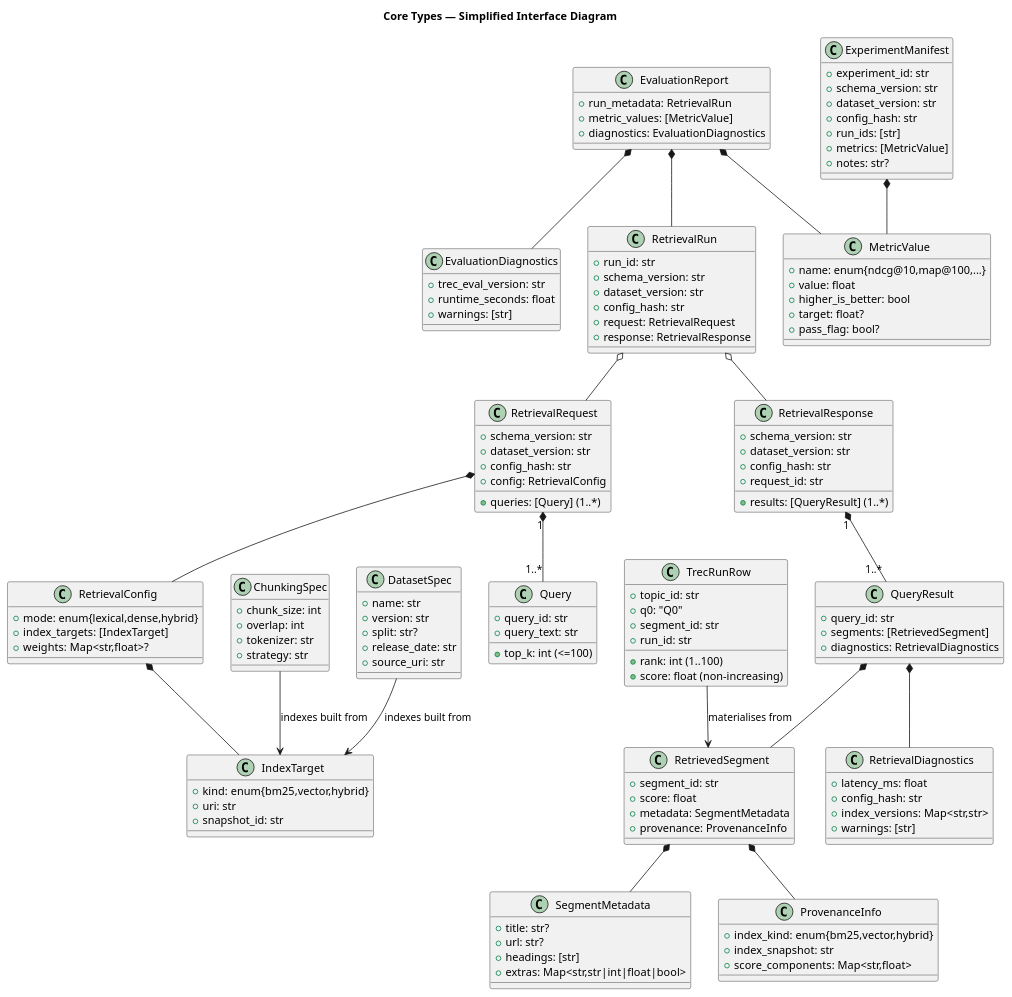
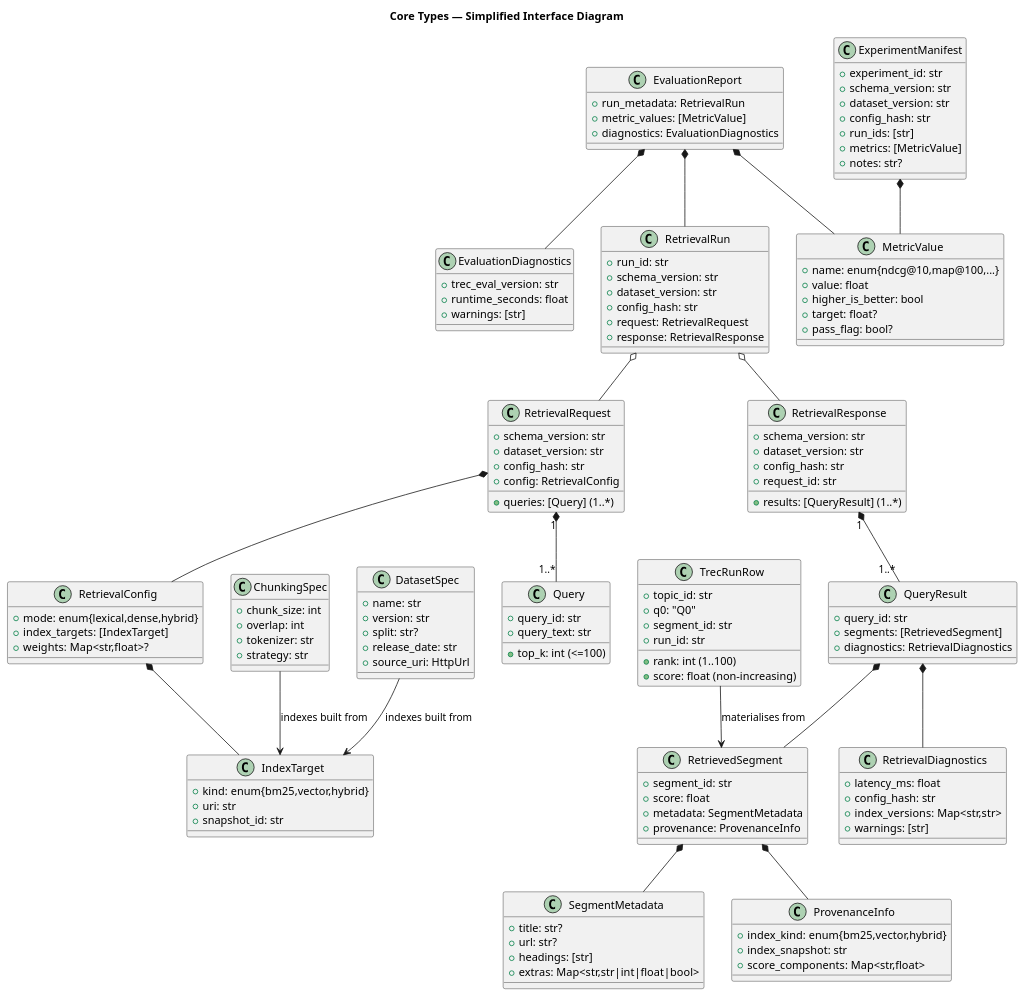
The diagram in .docs/uml/classes.puml (LukasStrickler/RAG-with-LLMs-TREC-2025-Information-Retrieval), drawn with PlantUML before and after one commit. The commit also changed 5 other files, not shown here.

```diff
--- a/.docs/uml/classes.puml
+++ b/.docs/uml/classes.puml
@@ -1,157 +1,159 @@
 @startuml
 title Core Types — Simplified Interface Diagram
+
+' Note: HttpUrl refers to Pydantic's validated URL type (not unconstrained string)
 
 class DatasetSpec {
   +name: str
   +version: str
   +split: str?
   +release_date: str
-  +source_uri: str
+  +source_uri: HttpUrl
 }
 
 class IndexTarget {
   +kind: enum{bm25,vector,hybrid}
   +uri: str
   +snapshot_id: str
 }
 
 
 class SegmentMetadata {
   +title: str?
   +url: str?
   +headings: [str]
   +extras: Map<str,str|int|float|bool>
 }
 
 class ChunkingSpec {
   +chunk_size: int
   +overlap: int
   +tokenizer: str
   +strategy: str
 }
 
 class ProvenanceInfo {
   +index_kind: enum{bm25,vector,hybrid}
   +index_snapshot: str
   +score_components: Map<str,float>
 }
 
 class RetrievedSegment {
   +segment_id: str
   +score: float
   +metadata: SegmentMetadata
   +provenance: ProvenanceInfo
 }
 
 class RetrievalDiagnostics {
   +latency_ms: float
   +config_hash: str
   +index_versions: Map<str,str>
   +warnings: [str]
 }
 
 class RetrievalConfig {
   +mode: enum{lexical,dense,hybrid}
   +index_targets: [IndexTarget]
   +weights: Map<str,float>?
 }
 
 class Query {
   +query_id: str
   +query_text: str
   +top_k: int (<=100)
 }
 
 class RetrievalRequest {
   +schema_version: str
   +dataset_version: str
   +config_hash: str
   +config: RetrievalConfig
   +queries: [Query] (1..*)
 }
 
 class QueryResult {
   +query_id: str
   +segments: [RetrievedSegment]
   +diagnostics: RetrievalDiagnostics
 }
 
 class RetrievalResponse {
   +schema_version: str
   +dataset_version: str
   +config_hash: str
   +request_id: str
   +results: [QueryResult] (1..*)
 }
 
 
 class TrecRunRow {
   +topic_id: str
   +q0: "Q0"
   +segment_id: str
   +rank: int (1..100)
   +score: float (non-increasing)
   +run_id: str
 }
 
 class MetricValue {
   +name: enum{ndcg@10,map@100,...}
   +value: float
   +higher_is_better: bool
   +target: float?
   +pass_flag: bool?
 }
 
 class EvaluationDiagnostics {
   +trec_eval_version: str
   +runtime_seconds: float
   +warnings: [str]
 }
 
 class RetrievalRun {
   +run_id: str
   +schema_version: str
   +dataset_version: str
   +config_hash: str
   +request: RetrievalRequest
   +response: RetrievalResponse
 }
 
 class EvaluationReport {
   +run_metadata: RetrievalRun
   +metric_values: [MetricValue]
   +diagnostics: EvaluationDiagnostics
 }
 
 class ExperimentManifest {
   +experiment_id: str
   +schema_version: str
   +dataset_version: str
   +config_hash: str
   +run_ids: [str]
   +metrics: [MetricValue]
   +notes: str?
 }
 
 RetrievalConfig *-- IndexTarget
 RetrievalRequest *-- RetrievalConfig
 RetrievalRequest "1" *-- "1..*" Query
 RetrievedSegment *-- SegmentMetadata
 RetrievedSegment *-- ProvenanceInfo
 QueryResult *-- RetrievedSegment
 QueryResult *-- RetrievalDiagnostics
 RetrievalResponse "1" *-- "1..*" QueryResult
 RetrievalRun o-- RetrievalRequest
 RetrievalRun o-- RetrievalResponse
 EvaluationReport *-- RetrievalRun
 EvaluationReport *-- MetricValue
 EvaluationReport *-- EvaluationDiagnostics
 ExperimentManifest *-- MetricValue
 
 DatasetSpec --> IndexTarget : indexes built from
 ChunkingSpec --> IndexTarget : indexes built from
 
 TrecRunRow --> RetrievedSegment : materialises from
 
 
 @enduml
```
